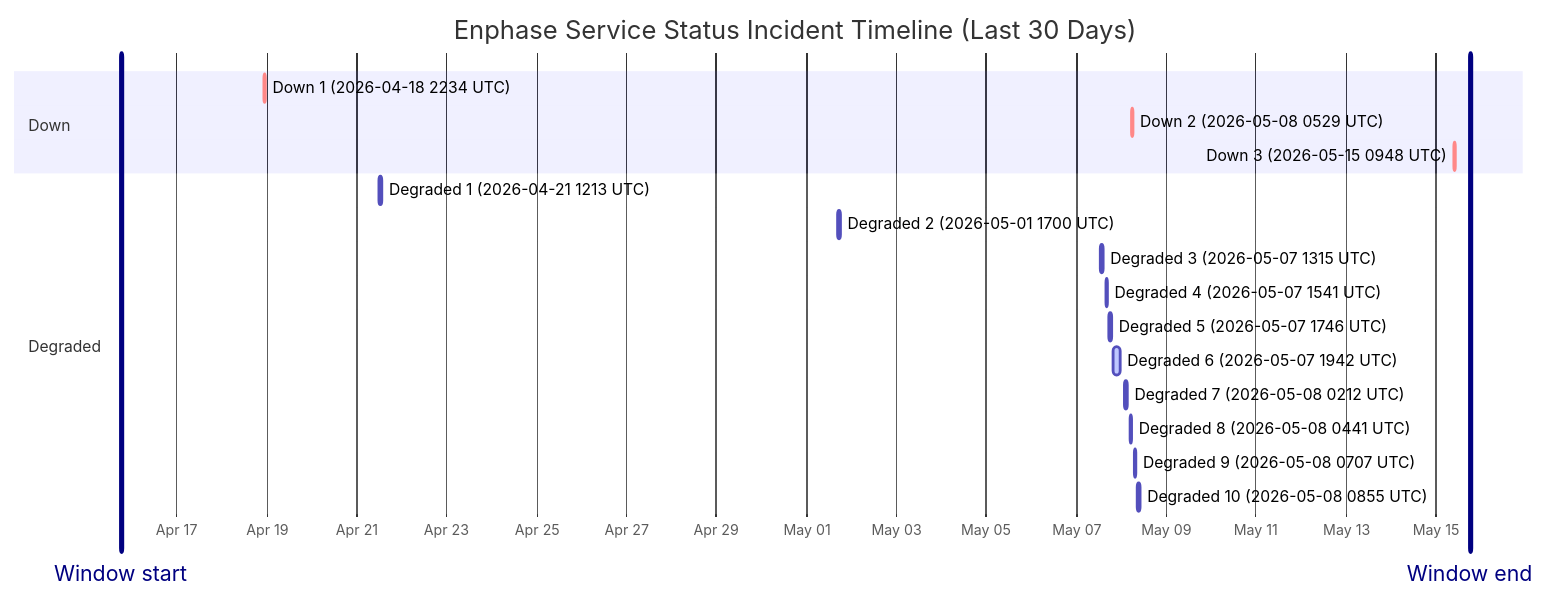
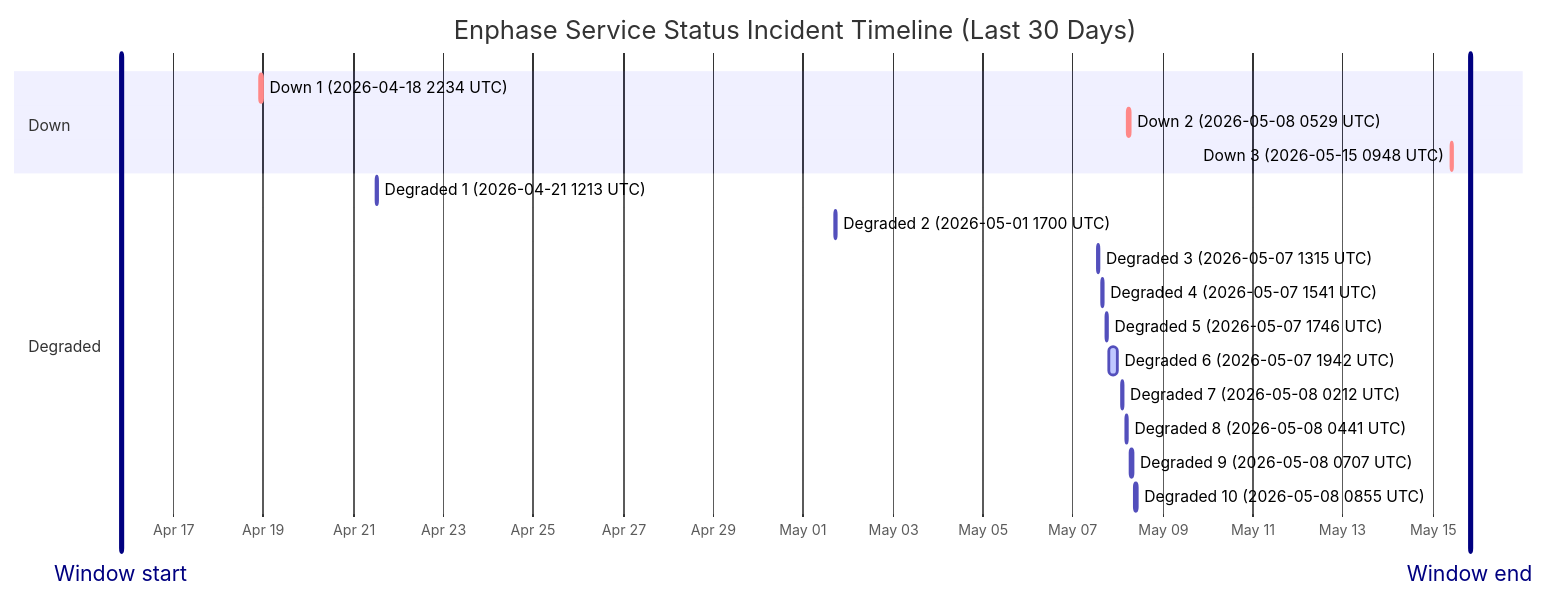
Before and after one commit to barneyonline/ha-enphase-ev-charger: the diagram in wiki/Service-Status-History.md, drawn with Mermaid. The commit also changed other lines of this file and 3 other files, not shown here.

````diff
--- a/wiki/Service-Status-History.md
+++ b/wiki/Service-Status-History.md
@@ -14,23 +14,23 @@
 ```mermaid
 gantt
     title Enphase Service Status Incident Timeline (Last 30 Days)
     dateFormat  YYYY-MM-DDTHH:mm:ss
     axisFormat  %b %d
-    Window start :vert, window-start, 2026-04-15T18:04:03, 0ms
-    Window end :vert, window-end, 2026-05-15T18:04:03, 0ms
+    Window start :vert, window-start, 2026-04-15T19:59:20, 0ms
+    Window end :vert, window-end, 2026-05-15T19:59:20, 0ms
     section Down
     Down 1 (2026-04-18 2234 UTC) :crit, down-1, 2026-04-18T22:34:13, 60m
     Down 2 (2026-05-08 0529 UTC) :crit, down-2, 2026-05-08T05:29:47, 60m
     Down 3 (2026-05-15 0948 UTC) :crit, down-3, 2026-05-15T09:48:18, 60m
     section Degraded
     Degraded 1 (2026-04-21 1213 UTC) :active, degraded-1, 2026-04-21T12:13:11, 60m
     Degraded 2 (2026-05-01 1700 UTC) :active, degraded-2, 2026-05-01T17:00:22, 60m
     Degraded 3 (2026-05-07 1315 UTC) :active, degraded-3, 2026-05-07T13:15:25, 60m
     Degraded 4 (2026-05-07 1541 UTC) :active, degraded-4, 2026-05-07T15:41:58, 60m
     Degraded 5 (2026-05-07 1746 UTC) :active, degraded-5, 2026-05-07T17:46:51, 60m
     Degraded 6 (2026-05-07 1942 UTC) :active, degraded-6, 2026-05-07T19:42:10, 249m
     Degraded 7 (2026-05-08 0212 UTC) :active, degraded-7, 2026-05-08T02:12:39, 60m
     Degraded 8 (2026-05-08 0441 UTC) :active, degraded-8, 2026-05-08T04:41:46, 60m
     Degraded 9 (2026-05-08 0707 UTC) :active, degraded-9, 2026-05-08T07:07:30, 60m
     Degraded 10 (2026-05-08 0855 UTC) :active, degraded-10, 2026-05-08T08:55:20, 88m
 ```
````
